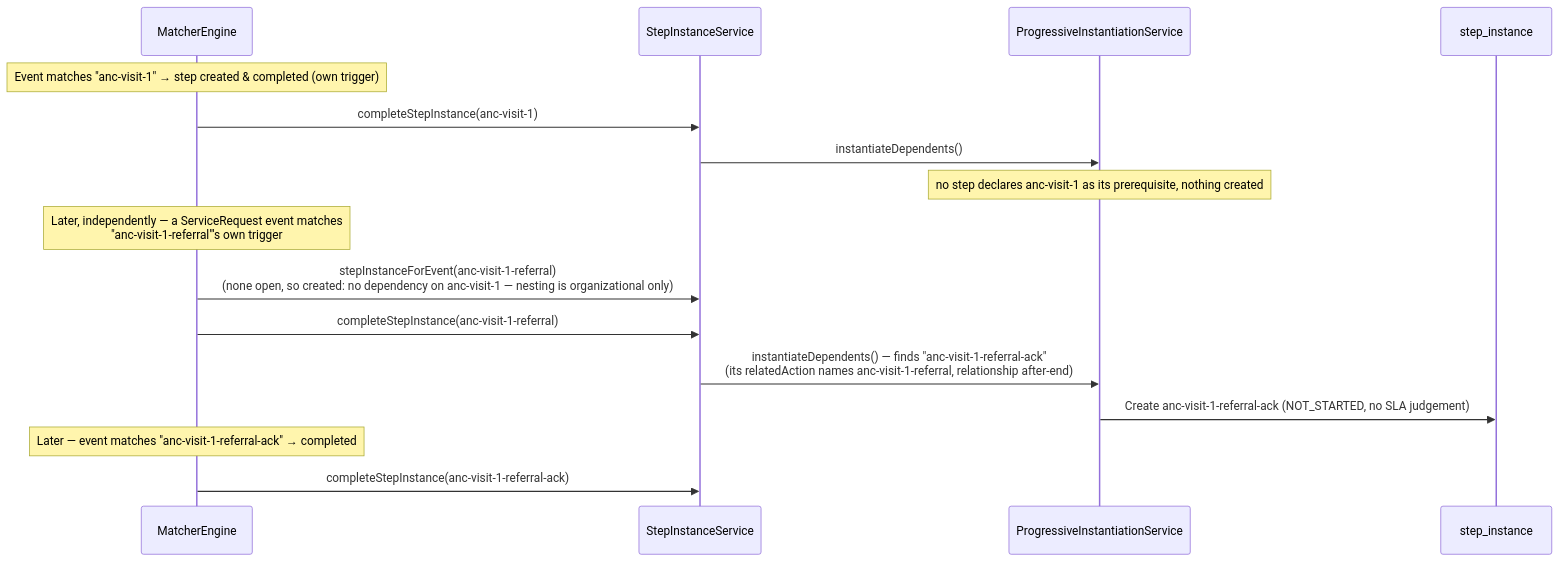
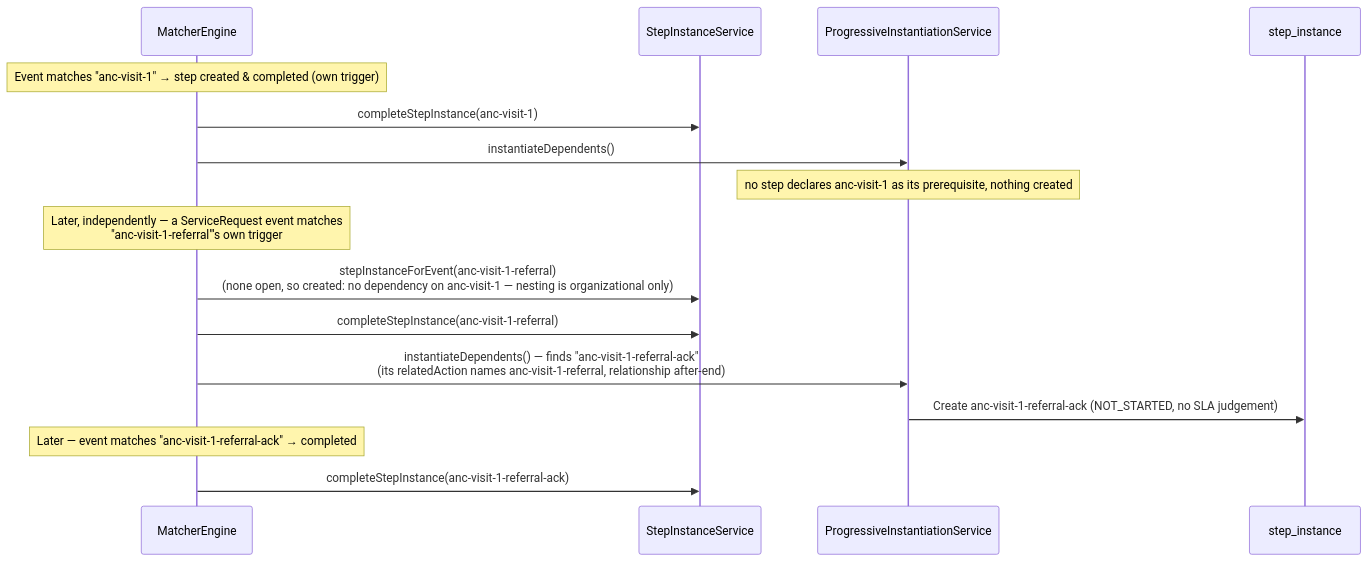
The seventh of 9 diagrams in docs/architecture-overview.md (Jayaprakash8887/cce-matcher-service), drawn with Mermaid before and after one commit. The commit also changed other lines of this file and 14 other files, not shown here.

````diff
--- a/docs/architecture-overview.md
+++ b/docs/architecture-overview.md
@@ -951,21 +951,21 @@
 ```mermaid
 sequenceDiagram
     participant Engine as MatcherEngine
     participant SIS as StepInstanceService
     participant PI as ProgressiveInstantiationService
     participant DB as step_instance
 
     Note over Engine: Event matches "anc-visit-1" → step created & completed (own trigger)
     Engine->>SIS: completeStepInstance(anc-visit-1)
-    SIS->>PI: instantiateDependents()
+    Engine->>PI: instantiateDependents()
     Note over PI: no step declares anc-visit-1 as its prerequisite, nothing created
 
     Note over Engine: Later, independently — a ServiceRequest event matches<br/>"anc-visit-1-referral"'s own trigger
     Engine->>SIS: stepInstanceForEvent(anc-visit-1-referral)<br/>(none open, so created: no dependency on anc-visit-1 — nesting is organizational only)
     Engine->>SIS: completeStepInstance(anc-visit-1-referral)
-    SIS->>PI: instantiateDependents() — finds "anc-visit-1-referral-ack"<br/>(its relatedAction names anc-visit-1-referral, relationship after-end)
+    Engine->>PI: instantiateDependents() — finds "anc-visit-1-referral-ack"<br/>(its relatedAction names anc-visit-1-referral, relationship after-end)
     PI->>DB: Create anc-visit-1-referral-ack (NOT_STARTED, no SLA judgement)
 
     Note over Engine: Later — event matches "anc-visit-1-referral-ack" → completed
     Engine->>SIS: completeStepInstance(anc-visit-1-referral-ack)
 ```
````
